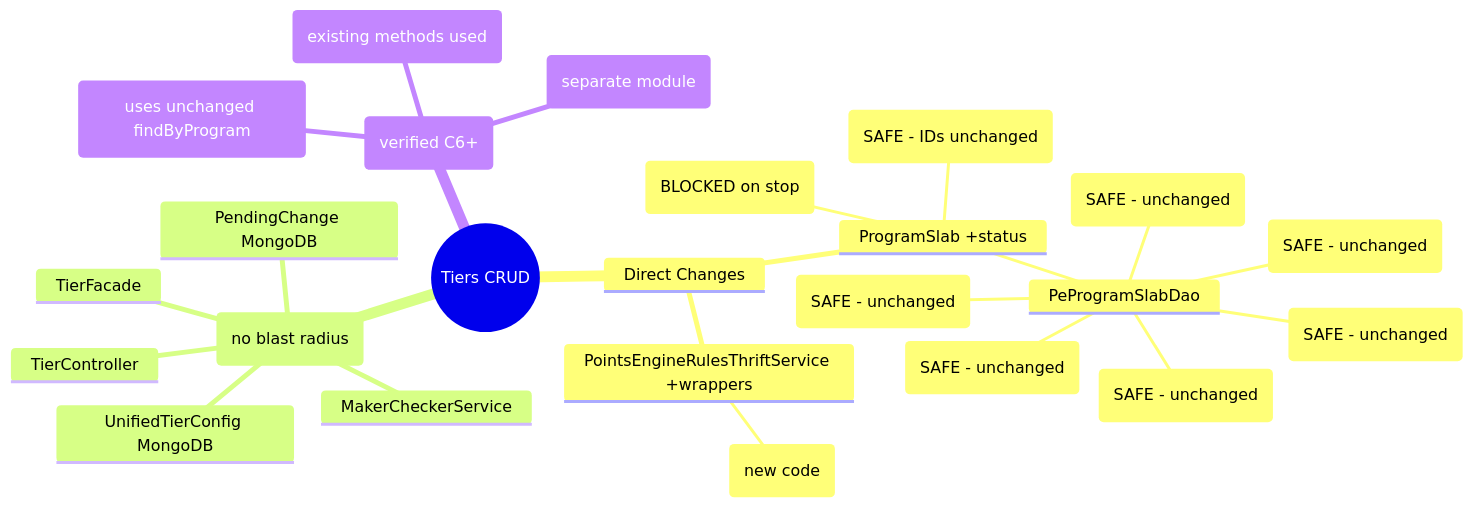
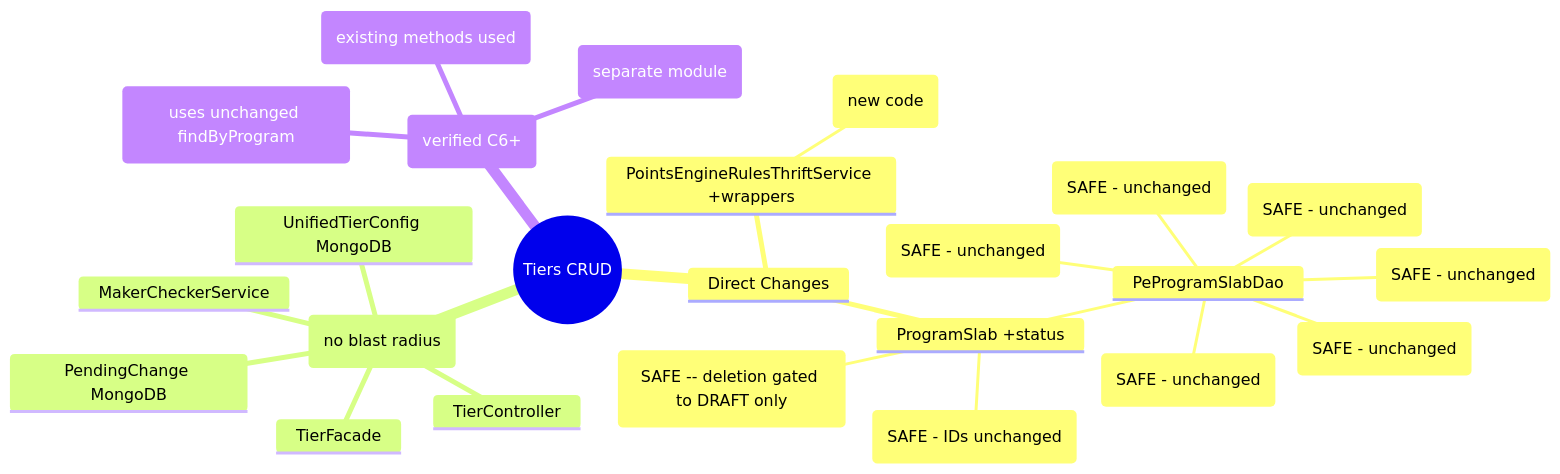
Before and after one commit to BaljeetSinghCapillaryTech/kalpavriksha: the diagram in docs/pipeline/tier/02-analyst.md, drawn with Mermaid. The commit also changed other lines of this file and 15 other files, not shown here.

First line of the commit message:
raidlc/ai_tier: Rework #2 — lifecycle simplification (remove PAUSED/STOPPED, DRAFT-only deletion)

````diff
--- a/docs/pipeline/tier/02-analyst.md
+++ b/docs/pipeline/tier/02-analyst.md
@@ -44,27 +44,27 @@
 ```mermaid
 mindmap
   root((Tiers CRUD))
     Direct Changes
       ProgramSlab +status
         PeProgramSlabDao
           InfoLookupService (SAFE - unchanged)
           PointsEngineRuleService (SAFE - unchanged)
           PointsReturnService (SAFE - unchanged)
           ProgramCreationService (SAFE - unchanged)
           PointsEngineServiceManager (SAFE - unchanged)
           BulkOrgConfigImportValidator (SAFE - unchanged)
         customer_enrollment FK (SAFE - IDs unchanged)
-        PartnerProgramSlab (BLOCKED on stop)
+        PartnerProgramSlab (SAFE -- deletion gated to DRAFT only)
       PointsEngineRulesThriftService +wrappers
         TierChangeApplier (new code)
     New Code (no blast radius)
       TierController
       TierFacade
       UnifiedTierConfig MongoDB
       MakerCheckerService
       PendingChange MongoDB
     Unchanged (verified C6+)
       PEB (uses unchanged findByProgram)
       Thrift IDL (existing methods used)
       UnifiedPromotion (separate module)
 ```
````
